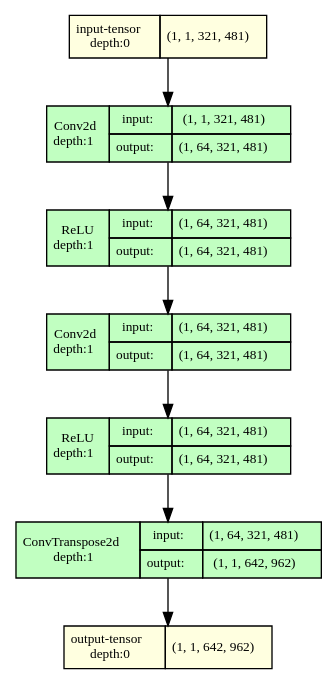
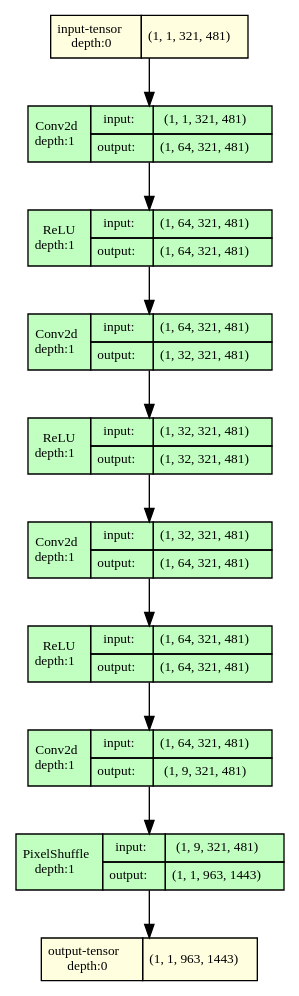
The diagram in home work/pw2/model.gv (zizou47/NN-Deep-Learning), drawn with Graphviz before and after one commit. The commit also changed 330 other files, not shown here.

```diff
--- a/home work/pw2/model.gv
+++ b/home work/pw2/model.gv
@@ -1,86 +1,128 @@
 strict digraph model {
 	graph [ordering=in rankdir=TB size="12.0,12.0"]
 	node [align=left fontname="Linux libertine" fontsize=10 height=0.2 margin=0 ranksep=0.1 shape=plaintext style=filled]
 	edge [fontsize=10]
 	0 [label=<
                     <TABLE BORDER="0" CELLBORDER="1"
                     CELLSPACING="0" CELLPADDING="4">
                         <TR><TD>input-tensor<BR/>depth:0</TD><TD>(1, 1, 321, 481)</TD></TR>
                     </TABLE>> fillcolor=lightyellow]
 	1 [label=<
                     <TABLE BORDER="0" CELLBORDER="1"
                     CELLSPACING="0" CELLPADDING="4">
                     <TR>
                         <TD ROWSPAN="2">Conv2d<BR/>depth:1</TD>
                         <TD COLSPAN="2">input:</TD>
                         <TD COLSPAN="2">(1, 1, 321, 481) </TD>
                     </TR>
                     <TR>
                         <TD COLSPAN="2">output: </TD>
                         <TD COLSPAN="2">(1, 64, 321, 481) </TD>
                     </TR>
                     </TABLE>> fillcolor=darkseagreen1]
 	2 [label=<
                     <TABLE BORDER="0" CELLBORDER="1"
                     CELLSPACING="0" CELLPADDING="4">
                     <TR>
                         <TD ROWSPAN="2">ReLU<BR/>depth:1</TD>
                         <TD COLSPAN="2">input:</TD>
                         <TD COLSPAN="2">(1, 64, 321, 481) </TD>
                     </TR>
                     <TR>
                         <TD COLSPAN="2">output: </TD>
                         <TD COLSPAN="2">(1, 64, 321, 481) </TD>
                     </TR>
                     </TABLE>> fillcolor=darkseagreen1]
 	3 [label=<
                     <TABLE BORDER="0" CELLBORDER="1"
                     CELLSPACING="0" CELLPADDING="4">
                     <TR>
                         <TD ROWSPAN="2">Conv2d<BR/>depth:1</TD>
                         <TD COLSPAN="2">input:</TD>
                         <TD COLSPAN="2">(1, 64, 321, 481) </TD>
                     </TR>
                     <TR>
                         <TD COLSPAN="2">output: </TD>
+                        <TD COLSPAN="2">(1, 32, 321, 481) </TD>
+                    </TR>
+                    </TABLE>> fillcolor=darkseagreen1]
+	4 [label=<
+                    <TABLE BORDER="0" CELLBORDER="1"
+                    CELLSPACING="0" CELLPADDING="4">
+                    <TR>
+                        <TD ROWSPAN="2">ReLU<BR/>depth:1</TD>
+                        <TD COLSPAN="2">input:</TD>
+                        <TD COLSPAN="2">(1, 32, 321, 481) </TD>
+                    </TR>
+                    <TR>
+                        <TD COLSPAN="2">output: </TD>
+                        <TD COLSPAN="2">(1, 32, 321, 481) </TD>
+                    </TR>
+                    </TABLE>> fillcolor=darkseagreen1]
+	5 [label=<
+                    <TABLE BORDER="0" CELLBORDER="1"
+                    CELLSPACING="0" CELLPADDING="4">
+                    <TR>
+                        <TD ROWSPAN="2">Conv2d<BR/>depth:1</TD>
+                        <TD COLSPAN="2">input:</TD>
+                        <TD COLSPAN="2">(1, 32, 321, 481) </TD>
+                    </TR>
+                    <TR>
+                        <TD COLSPAN="2">output: </TD>
                         <TD COLSPAN="2">(1, 64, 321, 481) </TD>
                     </TR>
                     </TABLE>> fillcolor=darkseagreen1]
-	4 [label=<
+	6 [label=<
                     <TABLE BORDER="0" CELLBORDER="1"
                     CELLSPACING="0" CELLPADDING="4">
                     <TR>
                         <TD ROWSPAN="2">ReLU<BR/>depth:1</TD>
                         <TD COLSPAN="2">input:</TD>
                         <TD COLSPAN="2">(1, 64, 321, 481) </TD>
                     </TR>
                     <TR>
                         <TD COLSPAN="2">output: </TD>
                         <TD COLSPAN="2">(1, 64, 321, 481) </TD>
                     </TR>
                     </TABLE>> fillcolor=darkseagreen1]
-	5 [label=<
+	7 [label=<
                     <TABLE BORDER="0" CELLBORDER="1"
                     CELLSPACING="0" CELLPADDING="4">
                     <TR>
-                        <TD ROWSPAN="2">ConvTranspose2d<BR/>depth:1</TD>
+                        <TD ROWSPAN="2">Conv2d<BR/>depth:1</TD>
                         <TD COLSPAN="2">input:</TD>
                         <TD COLSPAN="2">(1, 64, 321, 481) </TD>
                     </TR>
                     <TR>
                         <TD COLSPAN="2">output: </TD>
-                        <TD COLSPAN="2">(1, 1, 642, 962) </TD>
+                        <TD COLSPAN="2">(1, 9, 321, 481) </TD>
                     </TR>
                     </TABLE>> fillcolor=darkseagreen1]
-	6 [label=<
+	8 [label=<
                     <TABLE BORDER="0" CELLBORDER="1"
                     CELLSPACING="0" CELLPADDING="4">
-                        <TR><TD>output-tensor<BR/>depth:0</TD><TD>(1, 1, 642, 962)</TD></TR>
+                    <TR>
+                        <TD ROWSPAN="2">PixelShuffle<BR/>depth:1</TD>
+                        <TD COLSPAN="2">input:</TD>
+                        <TD COLSPAN="2">(1, 9, 321, 481) </TD>
+                    </TR>
+                    <TR>
+                        <TD COLSPAN="2">output: </TD>
+                        <TD COLSPAN="2">(1, 1, 963, 1443) </TD>
+                    </TR>
+                    </TABLE>> fillcolor=darkseagreen1]
+	9 [label=<
+                    <TABLE BORDER="0" CELLBORDER="1"
+                    CELLSPACING="0" CELLPADDING="4">
+                        <TR><TD>output-tensor<BR/>depth:0</TD><TD>(1, 1, 963, 1443)</TD></TR>
                     </TABLE>> fillcolor=lightyellow]
 	0 -> 1
 	1 -> 2
 	2 -> 3
 	3 -> 4
 	4 -> 5
 	5 -> 6
+	6 -> 7
+	7 -> 8
+	8 -> 9
 }
```
